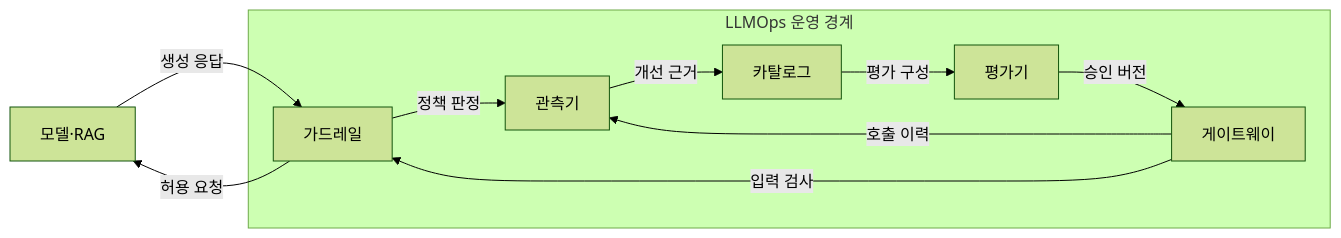
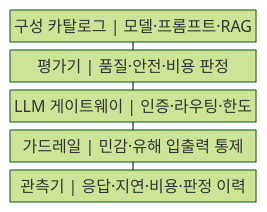
Before and after one commit to agnusdei1207/knowledge-base: the first of 2 diagrams in src/content/docs/notes/03-software/203_llmops.md, drawn with Mermaid (forest theme). The commit also changed other lines of this file and 20 other files, not shown here.

````diff
--- a/src/content/docs/notes/03-software/203_llmops.md
+++ b/src/content/docs/notes/03-software/203_llmops.md
@@ -61,14 +60,13 @@
 ```mermaid
-flowchart LR
-    M["모델·RAG"]
-    subgraph L[LLMOps 운영 경계]
-        C["카탈로그"] -->|평가 구성| E["평가기"]
-        E -->|승인 버전| G["게이트웨이"]
-        G -->|입력 검사| R["가드레일"]
-        G -->|호출 이력| O["관측기"]
-        R -->|정책 판정| O
-    end
-    R -->|허용 요청| M
-    M -->|생성 응답| R
-    O -->|개선 근거| C
+block
+    columns 1
+    A["구성 카탈로그 | 모델·프롬프트·RAG"]
+    B["평가기 | 품질·안전·비용 판정"]
+    C["LLM 게이트웨이 | 인증·라우팅·한도"]
+    D["가드레일 | 민감·유해 입출력 통제"]
+    E["관측기 | 응답·지연·비용·판정 이력"]
+    A --- B
+    B --- C
+    C --- D
+    D --- E
 ```
````
